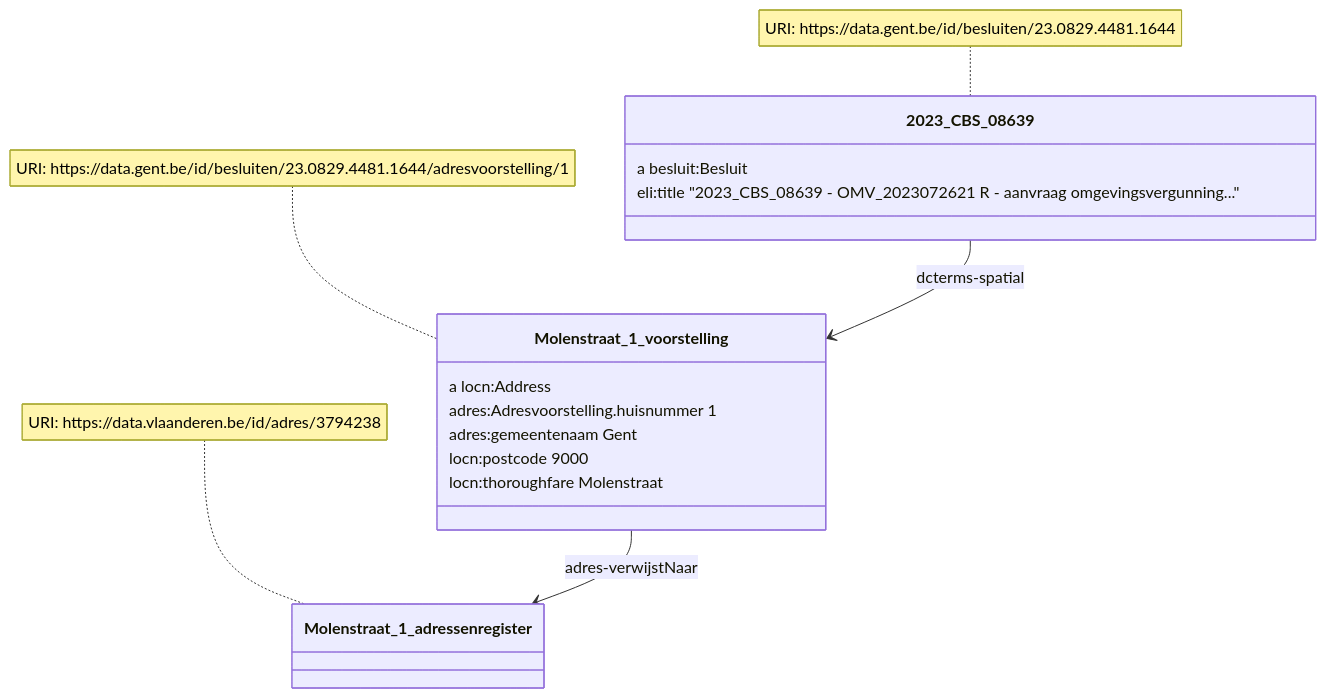
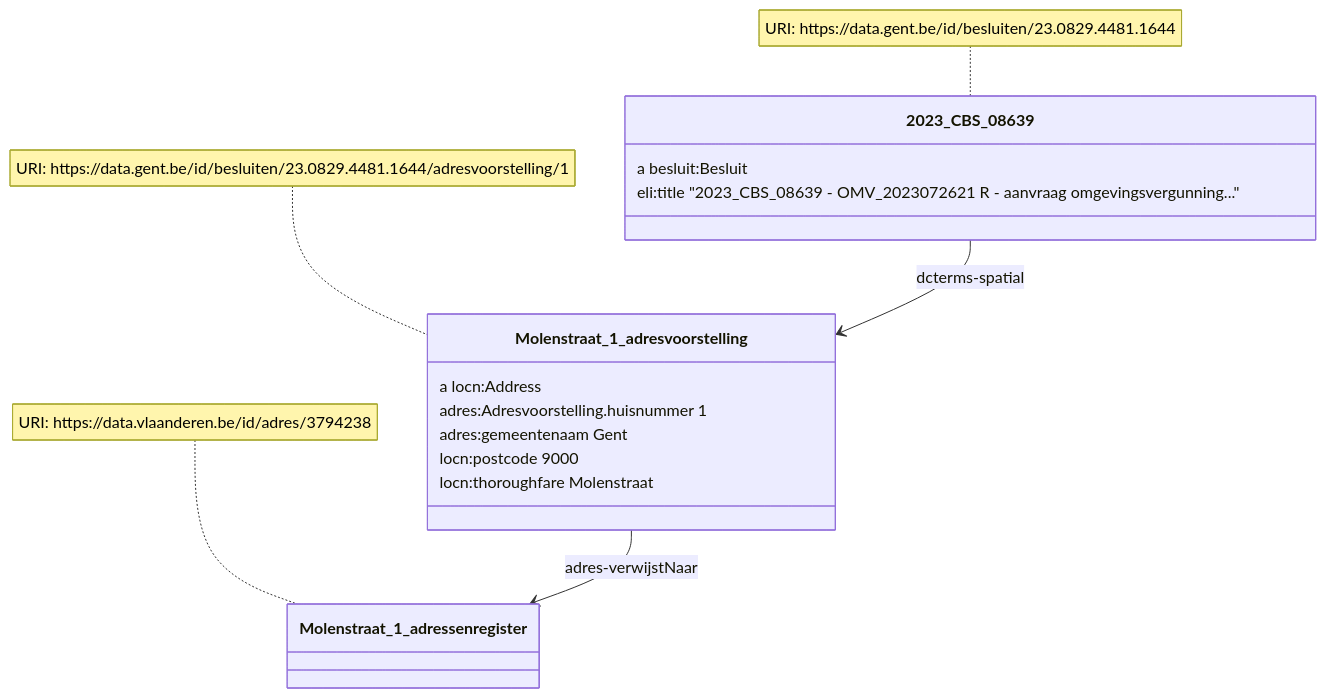
The second of 3 diagrams in README.md (Informatievlaanderen/OSLOthema-slimmeRaadpleegOmgeving), drawn with Mermaid before and after one commit. The commit also changed other lines of this file, not shown here.

````diff
--- a/README.md
+++ b/README.md
@@ -59,19 +59,19 @@
 ```mermaid
 classDiagram
-    2023_CBS_08639 --> Molenstraat_1_voorstelling: dcterms-spatial
-    Molenstraat_1_voorstelling --> Molenstraat_1_adressenregister: adres-verwijstNaar
+    2023_CBS_08639 --> Molenstraat_1_adresvoorstelling: dcterms-spatial
+    Molenstraat_1_adresvoorstelling --> Molenstraat_1_adressenregister: adres-verwijstNaar
     note for 2023_CBS_08639 "URI: https://data.gent.be/id/besluiten/23.0829.4481.1644"
-    note for Molenstraat_1_voorstelling  "URI: https://data.gent.be/id/besluiten/23.0829.4481.1644/adresvoorstelling/1"
+    note for Molenstraat_1_adresvoorstelling  "URI: https://data.gent.be/id/besluiten/23.0829.4481.1644/adresvoorstelling/1"
     note for Molenstraat_1_adressenregister "URI: https://data.vlaanderen.be/id/adres/3794238"
     class 2023_CBS_08639 {
       a besluit:Besluit
       eli:title "2023_CBS_08639 - OMV_2023072621 R - aanvraag omgevingsvergunning..."
     }
-    class Molenstraat_1_voorstelling {
+    class Molenstraat_1_adresvoorstelling {
       a locn:Address
       adres:Adresvoorstelling.huisnummer 1
       adres:gemeentenaam Gent
       locn:postcode 9000
       locn:thoroughfare Molenstraat
     }
 ```
````
